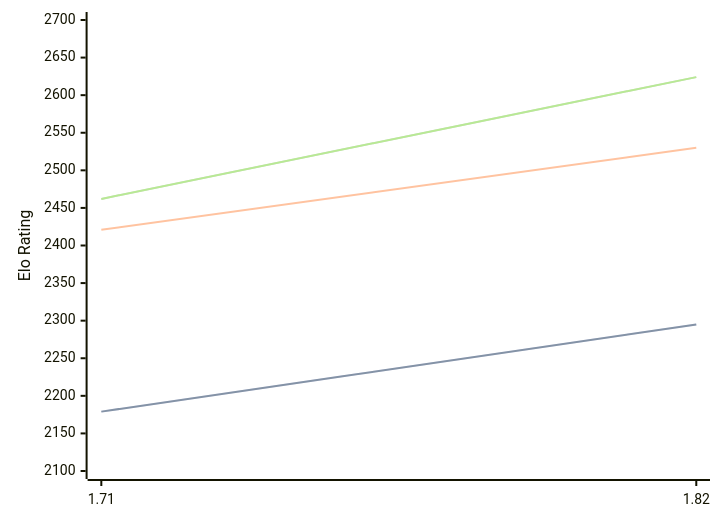
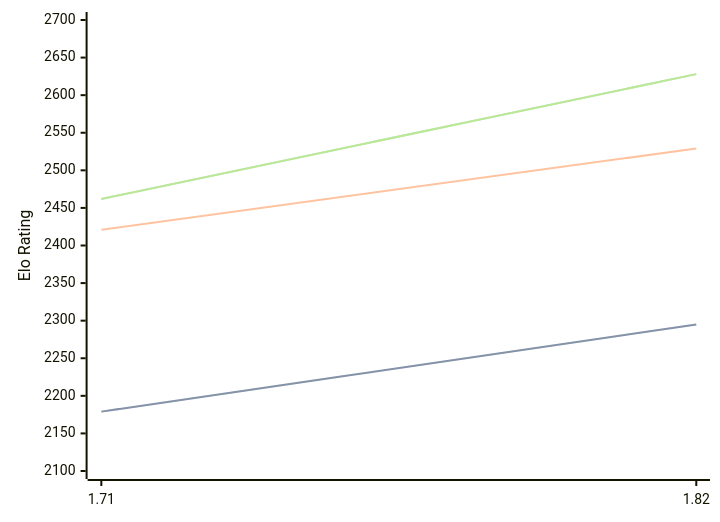
Before and after one commit to computer-chess-index/cci: the third of 3 diagrams in engines/Amira.md, drawn with Mermaid. The commit also changed other lines of this file, not shown here.

Commit message:
Update CCI Ratings (ELO VLTC) - 2026-07-10

````diff
--- a/engines/Amira.md
+++ b/engines/Amira.md
@@ -68,11 +68,11 @@
 ```mermaid
 %%{init: {"theme":"base","themeVariables":{"seriesColors:['#a3a3a3','#222221','#faa371']}}}%%
 xychart-beta
   x-axis ["1.71", "1.82"]
   y-axis "Elo Rating" 2100 --> 2700
   line "STC (8.0+0.08s)" [2179, 2295]
   line "STC (8.0+0.08s)" [2179, 2295]
-  line "LTC (60.0+0.60s)" [2421, 2530]
-  line "VLTC (2m24s+1.12s)" [2462, 2624]
-  line "VLTC (2m24s+1.12s)" [2462, 2624]
+  line "LTC (60.0+0.60s)" [2421, 2529]
+  line "VLTC (2m24s+1.12s)" [2462, 2628]
+  line "VLTC (2m24s+1.12s)" [2462, 2628]
 ```
````
